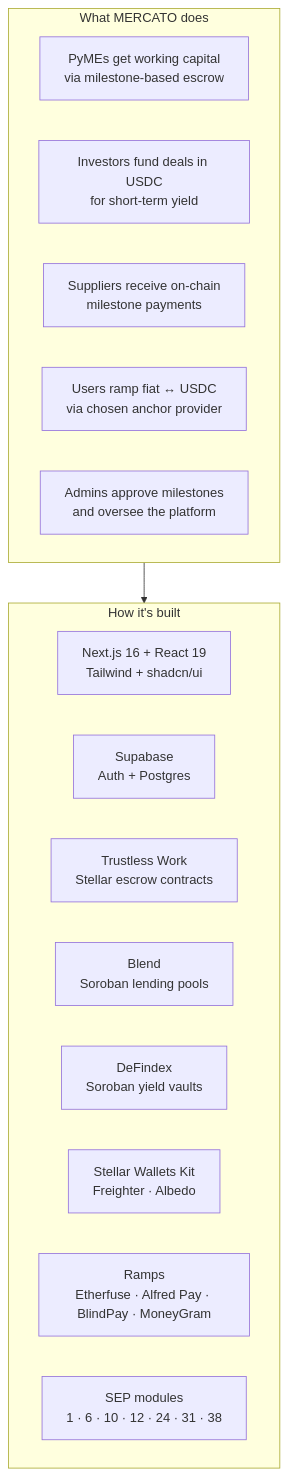
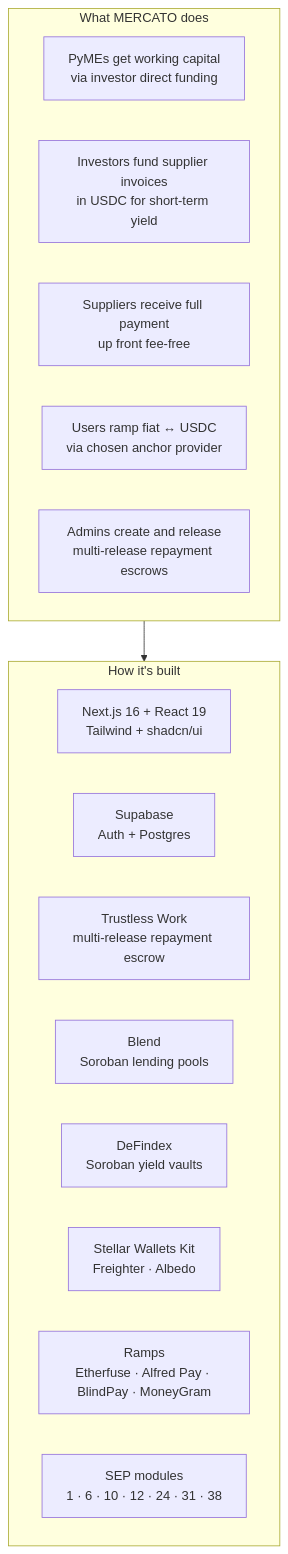
One commit to mercato-supply-chain/mercato-dapp changed diagram 12 of 12 in doc/architecture.md. Above: the diagram before and after it, drawn with Mermaid. The commit also changed other lines of this file and 2 other files, not shown here.

First line of the commit message:
docs: sync README and architecture with multi-release repayment flow

````diff
--- a/doc/architecture.md
+++ b/doc/architecture.md
@@ -712,23 +727,23 @@
 ```mermaid
 flowchart TB
   subgraph What["What MERCATO does"]
-    D1["PyMEs get working capital\nvia milestone-based escrow"]
-    D2["Investors fund deals in USDC\nfor short-term yield"]
-    D3["Suppliers receive on-chain\nmilestone payments"]
+    D1["PyMEs get working capital\nvia investor direct funding"]
+    D2["Investors fund supplier invoices\nin USDC for short-term yield"]
+    D3["Suppliers receive full payment\nup front fee-free"]
     D4["Users ramp fiat ↔ USDC\nvia chosen anchor provider"]
-    D5["Admins approve milestones\nand oversee the platform"]
+    D5["Admins create and release\nmulti-release repayment escrows"]
   end
 
   subgraph How["How it's built"]
     T1["Next.js 16 + React 19\nTailwind + shadcn/ui"]
     T2["Supabase\nAuth + Postgres"]
-    T3["Trustless Work\nStellar escrow contracts"]
+    T3["Trustless Work\nmulti-release repayment escrow"]
     T3b["Blend\nSoroban lending pools"]
     T3c["DeFindex\nSoroban yield vaults"]
     T4["Stellar Wallets Kit\nFreighter · Albedo"]
     T5["Ramps\nEtherfuse · Alfred Pay · BlindPay · MoneyGram"]
     T6["SEP modules\n1 · 6 · 10 · 12 · 24 · 31 · 38"]
   end
 
   What --> How
 ```
````
